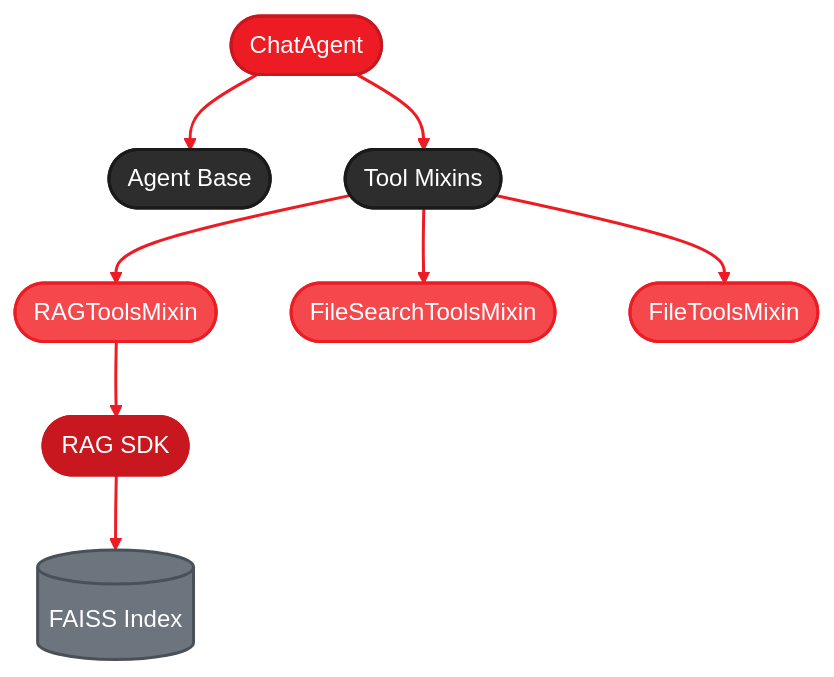
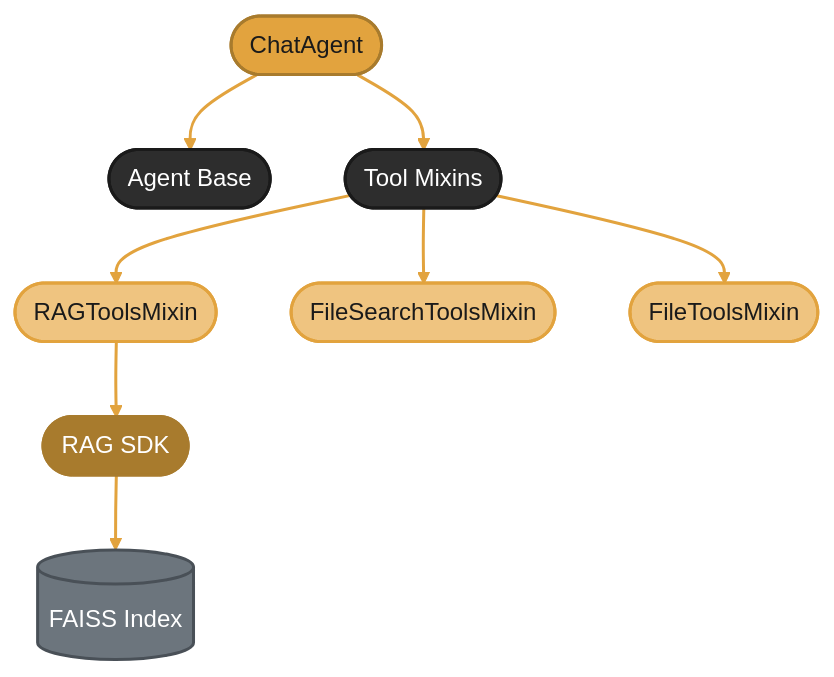
One commit to amd/gaia changed the first of 3 diagrams in docs/playbooks/chat-agent/part-1-getting-started.mdx. Above: the diagram before and after it, drawn with Mermaid. The commit also changed other lines of this file and 37 other files, not shown here.

````diff
--- a/docs/playbooks/chat-agent/part-1-getting-started.mdx
+++ b/docs/playbooks/chat-agent/part-1-getting-started.mdx
@@ -50,25 +50,25 @@
 ```mermaid
-%%{init: {'theme':'base', 'themeVariables': { 'primaryColor':'#ED1C24', 'primaryTextColor':'#fff', 'primaryBorderColor':'#C8171E', 'lineColor':'#F4484D', 'secondaryColor':'#2d2d2d', 'tertiaryColor':'#f5f5f5', 'fontFamily': 'system-ui, -apple-system, sans-serif'}}}%%
+%%{init: {'theme':'base', 'themeVariables': { 'primaryColor':'#E2A33E', 'primaryTextColor':'#1a1a1a', 'primaryBorderColor':'#A87B2D', 'lineColor':'#EFC480', 'secondaryColor':'#2d2d2d', 'tertiaryColor':'#f5f5f5', 'fontFamily': 'system-ui, -apple-system, sans-serif'}}}%%
 graph TD
     A(["ChatAgent"]) --> B(["Agent Base"])
     A --> C(["Tool Mixins"])
 
     C --> D(["RAGToolsMixin"])
     C --> E(["FileSearchToolsMixin"])
     C --> F(["FileToolsMixin"])
 
     D --> G(["RAG SDK"])
 
     G --> H[("FAISS Index")]
 
-    style A fill:#ED1C24,stroke:#C8171E,stroke-width:2px,color:#fff
+    style A fill:#E2A33E,stroke:#A87B2D,stroke-width:2px,color:#1a1a1a
     style B fill:#2d2d2d,stroke:#1a1a1a,stroke-width:2px,color:#fff
     style C fill:#2d2d2d,stroke:#1a1a1a,stroke-width:2px,color:#fff
-    style D fill:#F4484D,stroke:#ED1C24,stroke-width:2px,color:#fff
-    style E fill:#F4484D,stroke:#ED1C24,stroke-width:2px,color:#fff
-    style F fill:#F4484D,stroke:#ED1C24,stroke-width:2px,color:#fff
-    style G fill:#C8171E,stroke:#C8171E,stroke-width:2px,color:#fff
+    style D fill:#EFC480,stroke:#E2A33E,stroke-width:2px,color:#1a1a1a
+    style E fill:#EFC480,stroke:#E2A33E,stroke-width:2px,color:#1a1a1a
+    style F fill:#EFC480,stroke:#E2A33E,stroke-width:2px,color:#1a1a1a
+    style G fill:#A87B2D,stroke:#A87B2D,stroke-width:2px,color:#fff
     style H fill:#6c757d,stroke:#495057,stroke-width:2px,color:#fff
 
-    linkStyle 0,1,2,3,4,5,6 stroke:#ED1C24,stroke-width:2px
+    linkStyle 0,1,2,3,4,5,6 stroke:#E2A33E,stroke-width:2px
 ```
````
